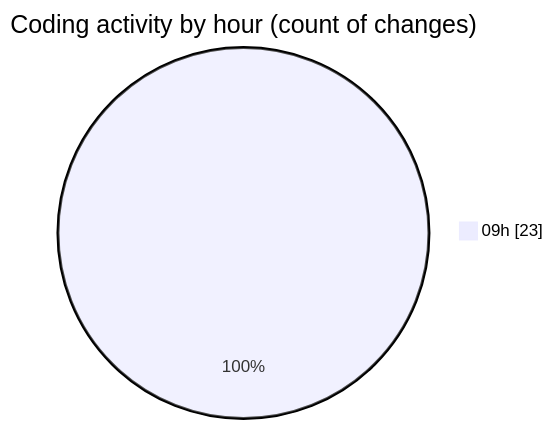
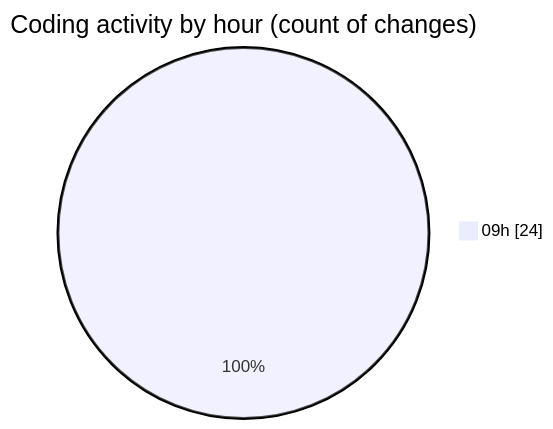
The second of 2 diagrams in 2025-05-08/myws__workspace_/README.md (MatusMokan/code-tracking), drawn with Mermaid before and after one commit. The commit also changed other lines of this file and 1 other file, not shown here.

````diff
--- a/2025-05-08/myws__workspace_/README.md
+++ b/2025-05-08/myws__workspace_/README.md
@@ -28,5 +28,5 @@
 ```mermaid
 pie showData
 title Coding activity by hour (count of changes)
-"09h" : 23
+"09h" : 24
 ```
````
